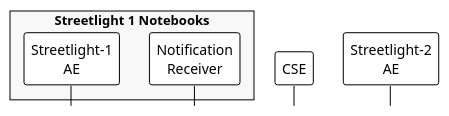
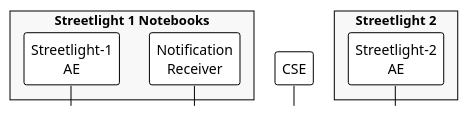
Before and after one commit to ankraft/onem2m-jupyter-notebooks: the diagram in images/06/create_subscription_standalone.puml, drawn with PlantUML. The commit also changed 5 other files, not shown here.

Commit message:
Improved notifications' sequence diagrams

```diff
--- a/images/06/create_subscription_standalone.puml
+++ b/images/06/create_subscription_standalone.puml
@@ -1,16 +1,17 @@
 @startuml
 hide footbox
 !theme plain
 skinparam backgroundcolor transparent
 
 box "Streetlight 1 Notebooks" #f8f8f8
 participant "Streetlight-1\nAE" as AE1
 participant "Notification\nReceiver" as NS
 end box
 
 participant "CSE" as CSE 
 
+box "Streetlight 2" #f8f8f8
 participant "Streetlight-2\nAE" as AE2
-
+end box
 
 @enduml
```
